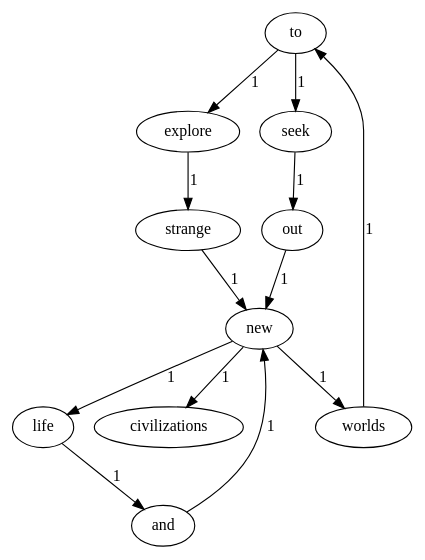
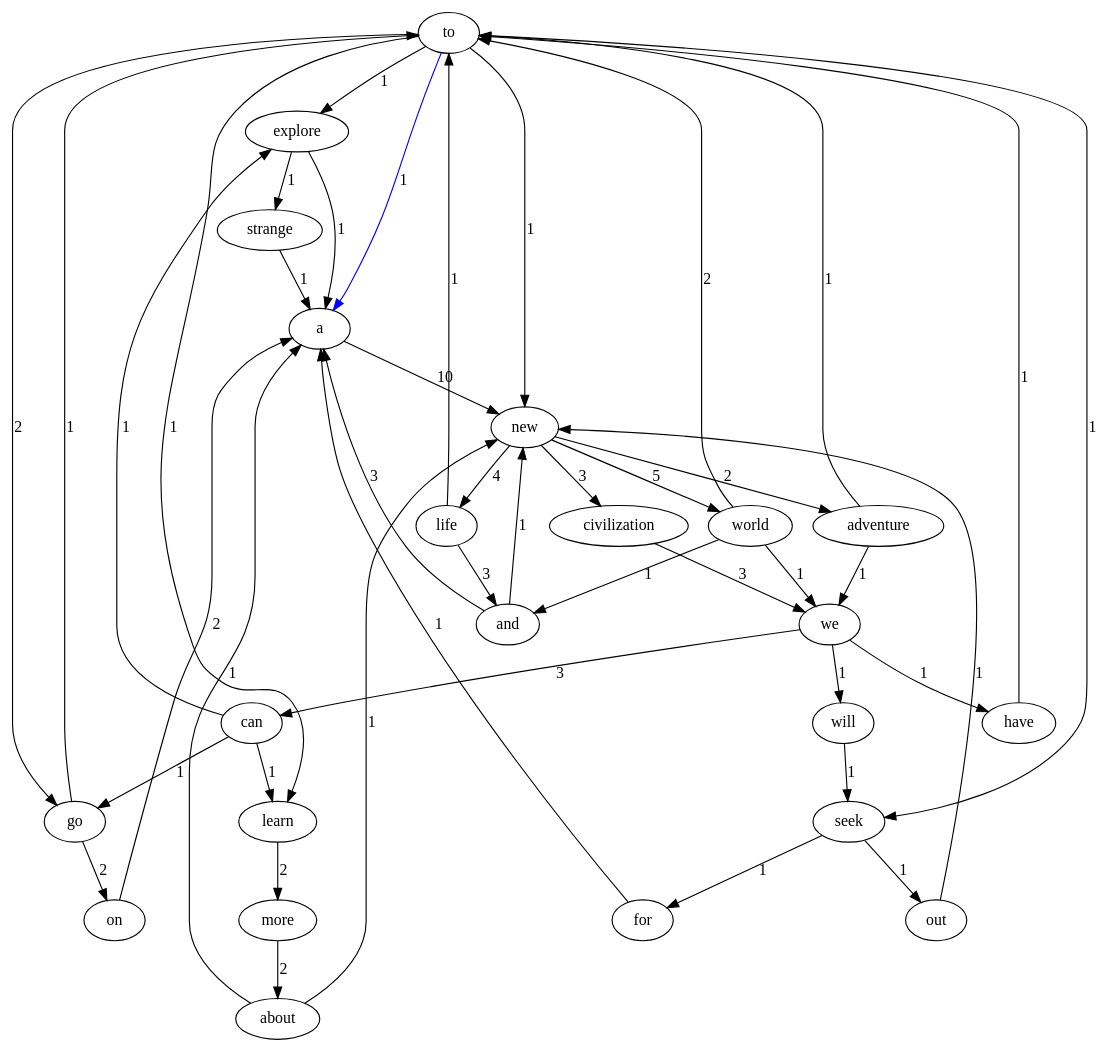
Before and after one commit to uprightderran/myGUI4lab1: the diagram in src/file/Graph.dot, drawn with Graphviz. The commit also changed 24 other files, not shown here.

```diff
--- a/src/file/Graph.dot
+++ b/src/file/Graph.dot
@@ -1,24 +1,67 @@
 digraph TextGraph {
 to;
 explore;
 strange;
+a;
 new;
-worlds;
+world;
+and;
+life;
+civilization;
+we;
+can;
+go;
+on;
+adventure;
 seek;
 out;
-life;
-and;
-civilizations;
+learn;
+more;
+about;
+have;
+will;
+for;
 to -> explore [label = 1];
 explore -> strange [label = 1];
-strange -> new [label = 1];
-new -> worlds [label = 1];
-worlds -> to [label = 1];
-new -> life [label = 1];
-life -> and [label = 1];
+strange -> a [label = 1];
+a -> new [label = 10];
+new -> world [label = 5];
+world -> and [label = 1];
+and -> a [label = 3];
 and -> new [label = 1];
-new -> civilizations [label = 1];
-to -> seek [label = 1];
+world -> to [label = 2];
+world -> we [label = 1];
+we -> can [label = 3];
+can -> go [label = 1];
+go -> on [label = 2];
+on -> a [label = 2];
+go -> to [label = 1];
+can -> learn [label = 1];
+learn -> more [label = 2];
+more -> about [label = 2];
+about -> a [label = 1];
+about -> new [label = 1];
+can -> explore [label = 1];
+we -> have [label = 1];
+have -> to [label = 1];
+we -> will [label = 1];
+will -> seek [label = 1];
 seek -> out [label = 1];
 out -> new [label = 1];
+seek -> for [label = 1];
+for -> a [label = 1];
+new -> life [label = 4];
+life -> and [label = 3];
+life -> to [label = 1];
+new -> civilization [label = 3];
+civilization -> we [label = 3];
+new -> adventure [label = 2];
+adventure -> to [label = 1];
+adventure -> we [label = 1];
+explore -> a [label = 1];
+to -> seek [label = 1];
+to -> go [label = 2];
+to -> a [label = 1, color = blue];
+to -> learn [label = 1];
+to -> new [label = 1];
 }
```
